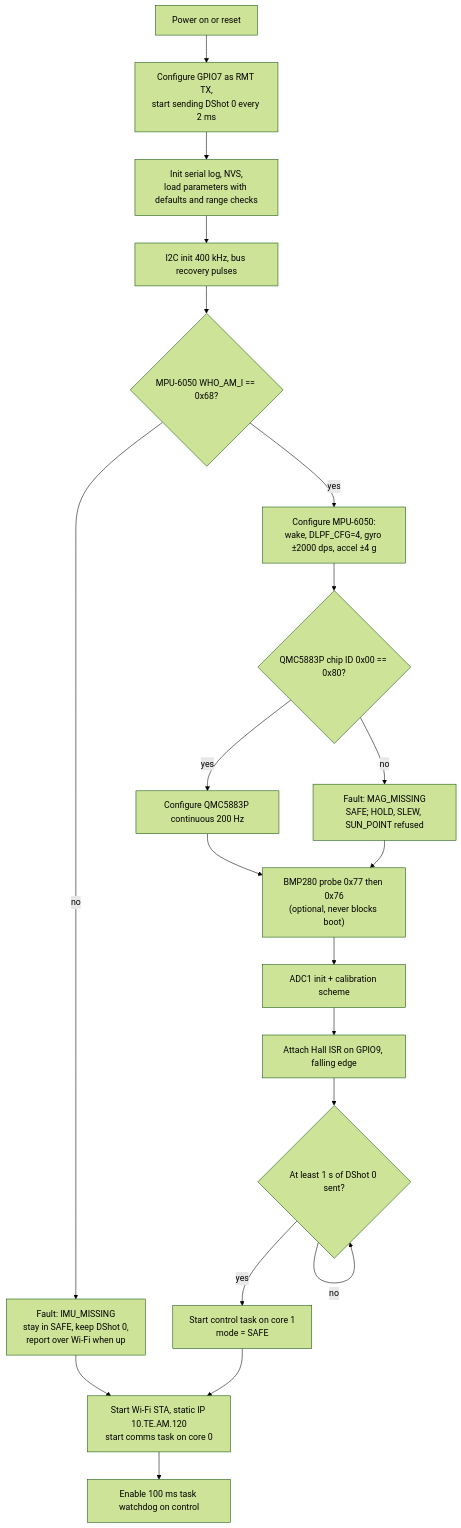
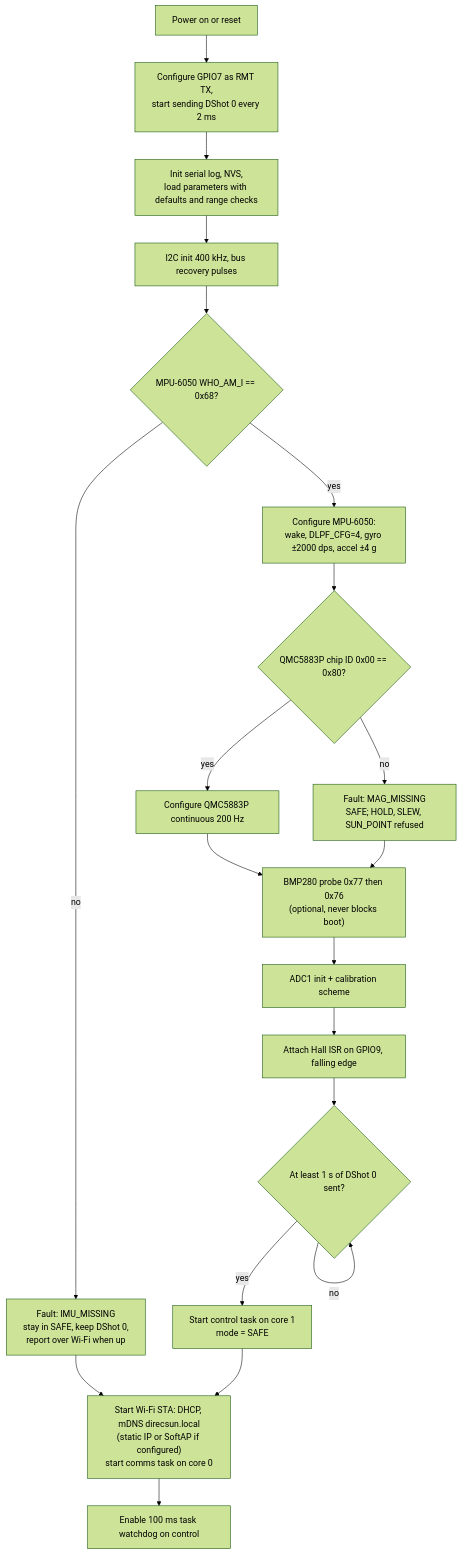
One commit to aarochu/DirecSun changed the third of 13 diagrams in docs/firmware-design.md. Above: the diagram before and after it, drawn with Mermaid (forest theme). The commit also changed other lines of this file and 1 other file, not shown here.

First line of the commit message:
docs: platform and network sections for ESP-IDF v6.0, C++17, mDNS

````diff
--- a/docs/firmware-design.md
+++ b/docs/firmware-design.md
@@ -268,22 +268,22 @@
 ```mermaid
 flowchart TD
     A["Power on or reset"] --> B["Configure GPIO7 as RMT TX,<br/>start sending DShot 0 every 2 ms"]
     B --> C["Init serial log, NVS,<br/>load parameters with defaults and range checks"]
     C --> D["I2C init 400 kHz, bus recovery pulses"]
     D --> E{"MPU-6050 WHO_AM_I == 0x68?"}
     E -- no --> F["Fault: IMU_MISSING<br/>stay in SAFE, keep DShot 0,<br/>report over Wi-Fi when up"]
     E -- yes --> G["Configure MPU-6050:<br/>wake, DLPF_CFG=4, gyro ±2000 dps, accel ±4 g"]
     G --> H{"QMC5883P chip ID 0x00 == 0x80?"}
     H -- no --> I["Fault: MAG_MISSING<br/>SAFE; HOLD, SLEW, SUN_POINT refused"]
     H -- yes --> J["Configure QMC5883P continuous 200 Hz"]
     I --> K
     J --> K["BMP280 probe 0x77 then 0x76<br/>(optional, never blocks boot)"]
     K --> L["ADC1 init + calibration scheme"]
     L --> M["Attach Hall ISR on GPIO9, falling edge"]
     M --> N{"At least 1 s of DShot 0 sent?"}
     N -- no --> N
     N -- yes --> O["Start control task on core 1<br/>mode = SAFE"]
-    O --> P["Start Wi-Fi STA, static IP 10.TE.AM.120<br/>start comms task on core 0"]
+    O --> P["Start Wi-Fi STA: DHCP, mDNS direcsun.local<br/>(static IP or SoftAP if configured)<br/>start comms task on core 0"]
     P --> Q["Enable 100 ms task watchdog on control"]
     F --> P
 ```
````
